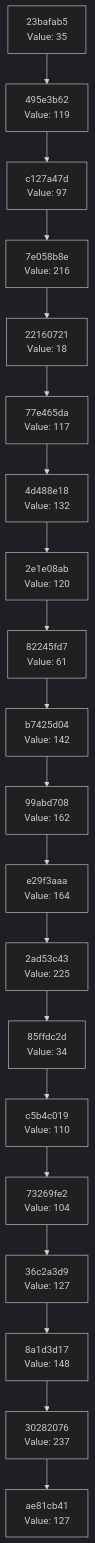
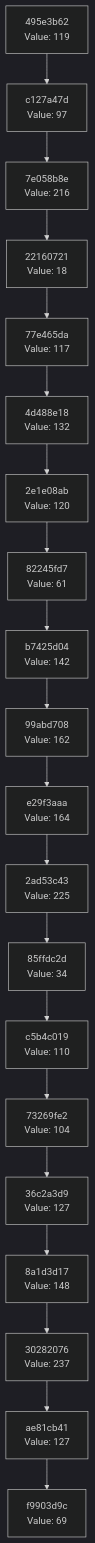
Before and after one commit to Abhisheksinha1506/hash-chain-evolver: the diagram in docs/CHAIN_VISUALIZATION.md, drawn with Mermaid (dark theme). The commit also changed 2 other files, not shown here.

Commit message:
Evolution Step

````diff
--- a/docs/CHAIN_VISUALIZATION.md
+++ b/docs/CHAIN_VISUALIZATION.md
@@ -3,42 +3,42 @@
 ```mermaid
 graph TD
-    C0["ae81cb41<br/>Value: 127"]
-    C1["30282076<br/>Value: 237"]
+    C0["f9903d9c<br/>Value: 69"]
+    C1["ae81cb41<br/>Value: 127"]
     C1 --> C0
-    C2["8a1d3d17<br/>Value: 148"]
+    C2["30282076<br/>Value: 237"]
     C2 --> C1
-    C3["36c2a3d9<br/>Value: 127"]
+    C3["8a1d3d17<br/>Value: 148"]
     C3 --> C2
-    C4["73269fe2<br/>Value: 104"]
+    C4["36c2a3d9<br/>Value: 127"]
     C4 --> C3
-    C5["c5b4c019<br/>Value: 110"]
+    C5["73269fe2<br/>Value: 104"]
     C5 --> C4
-    C6["85ffdc2d<br/>Value: 34"]
+    C6["c5b4c019<br/>Value: 110"]
     C6 --> C5
-    C7["2ad53c43<br/>Value: 225"]
+    C7["85ffdc2d<br/>Value: 34"]
     C7 --> C6
-    C8["e29f3aaa<br/>Value: 164"]
+    C8["2ad53c43<br/>Value: 225"]
     C8 --> C7
-    C9["99abd708<br/>Value: 162"]
+    C9["e29f3aaa<br/>Value: 164"]
     C9 --> C8
-    C10["b7425d04<br/>Value: 142"]
+    C10["99abd708<br/>Value: 162"]
     C10 --> C9
-    C11["82245fd7<br/>Value: 61"]
+    C11["b7425d04<br/>Value: 142"]
     C11 --> C10
-    C12["2e1e08ab<br/>Value: 120"]
+    C12["82245fd7<br/>Value: 61"]
     C12 --> C11
-    C13["4d488e18<br/>Value: 132"]
+    C13["2e1e08ab<br/>Value: 120"]
     C13 --> C12
-    C14["77e465da<br/>Value: 117"]
+    C14["4d488e18<br/>Value: 132"]
     C14 --> C13
-    C15["22160721<br/>Value: 18"]
+    C15["77e465da<br/>Value: 117"]
     C15 --> C14
-    C16["7e058b8e<br/>Value: 216"]
+    C16["22160721<br/>Value: 18"]
     C16 --> C15
-    C17["c127a47d<br/>Value: 97"]
+    C17["7e058b8e<br/>Value: 216"]
     C17 --> C16
-    C18["495e3b62<br/>Value: 119"]
+    C18["c127a47d<br/>Value: 97"]
     C18 --> C17
-    C19["23bafab5<br/>Value: 35"]
+    C19["495e3b62<br/>Value: 119"]
     C19 --> C18
 ```
````
